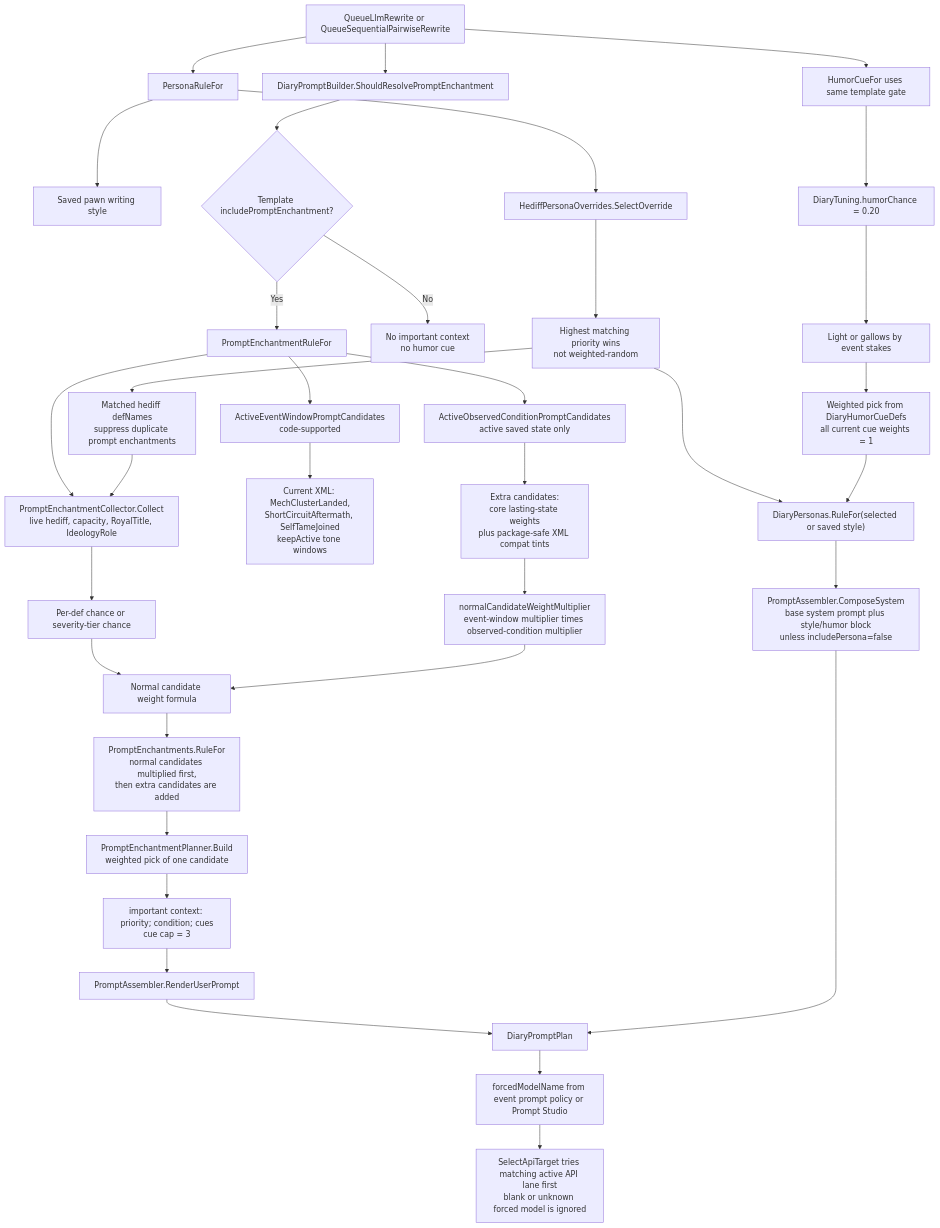
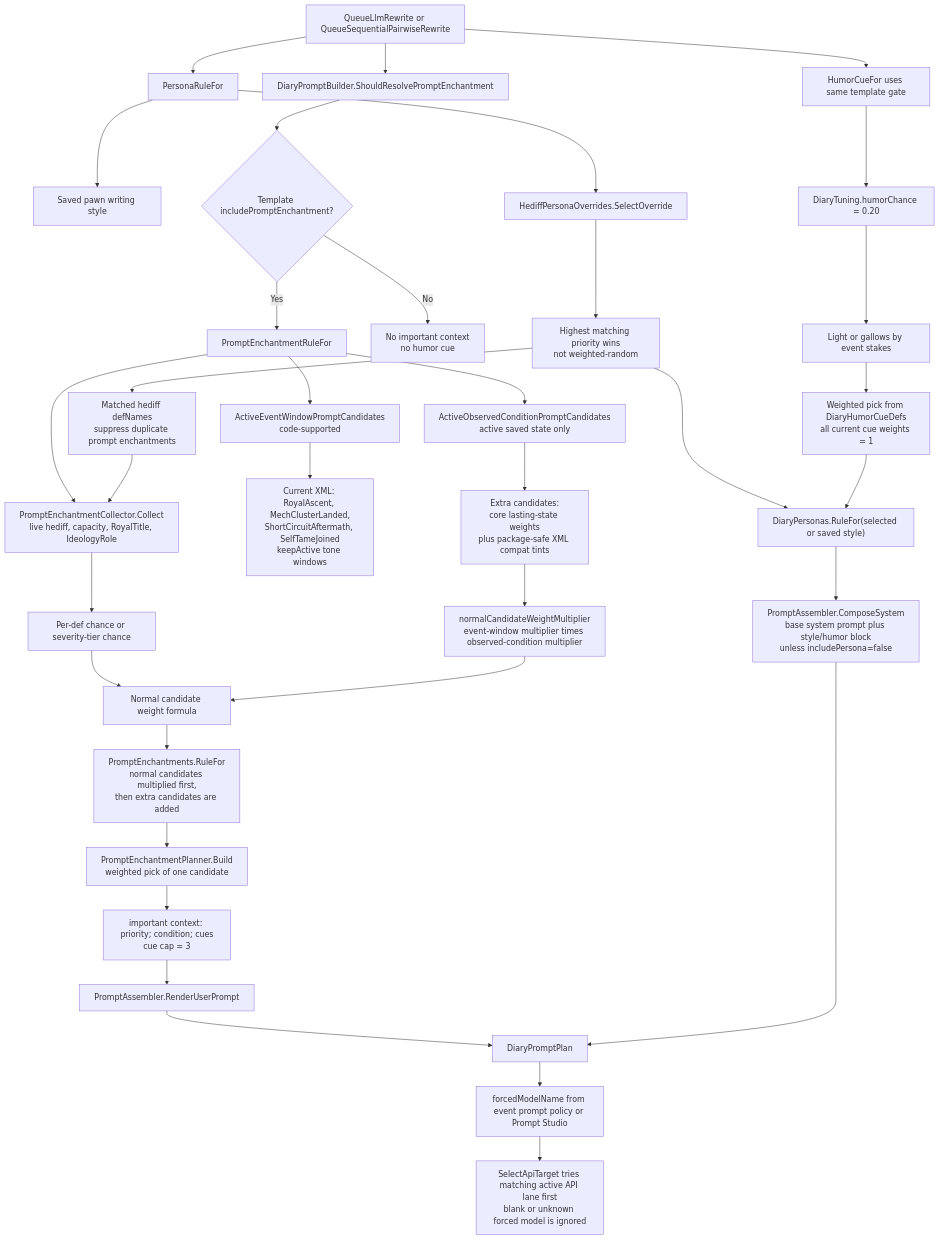
Before and after one commit to aimmlegate/PawnDiary: the third of 6 diagrams in EVENT_PROMPT_MAP.md, drawn with Mermaid. The commit also changed other lines of this file and 45 other files, not shown here.

Commit message:
Implement Royalty Phase 7 Royal Ascent

````diff
--- a/EVENT_PROMPT_MAP.md
+++ b/EVENT_PROMPT_MAP.md
@@ -290,41 +299,41 @@
 ```mermaid
 flowchart TD
     Queue["QueueLlmRewrite or QueueSequentialPairwiseRewrite"] --> Style["PersonaRuleFor"]
     Style --> SavedStyle["Saved pawn writing style"]
     Style --> HediffStyle["HediffPersonaOverrides.SelectOverride"]
     HediffStyle --> Priority["Highest matching priority wins<br/>not weighted-random"]
     Priority --> PersonaBlock["DiaryPersonas.RuleFor(selected or saved style)"]
     Priority --> Suppressed["Matched hediff defNames<br/>suppress duplicate prompt enchantments"]
 
     Queue --> Gate["DiaryPromptBuilder.ShouldResolvePromptEnchantment"]
     Gate --> TemplateFlag{"Template includePromptEnchantment?"}
     TemplateFlag -- No --> NoEnchant["No important context<br/>no humor cue"]
     TemplateFlag -- Yes --> Collect["PromptEnchantmentRuleFor"]
 
     Collect --> WindowCandidates["ActiveEventWindowPromptCandidates<br/>code-supported"]
-    WindowCandidates --> WindowCurrent["Current XML: MechClusterLanded,<br/>ShortCircuitAftermath, SelfTameJoined<br/>keepActive tone windows"]
+    WindowCandidates --> WindowCurrent["Current XML: RoyalAscent, MechClusterLanded,<br/>ShortCircuitAftermath, SelfTameJoined<br/>keepActive tone windows"]
     Collect --> ObservedCandidates["ActiveObservedConditionPromptCandidates<br/>active saved state only"]
     ObservedCandidates --> ObservedWeights["Extra candidates:<br/>core lasting-state weights<br/>plus package-safe XML compat tints"]
     Collect --> NormalCandidates["PromptEnchantmentCollector.Collect<br/>live hediff, capacity, RoyalTitle, IdeologyRole"]
     NormalCandidates --> ChanceGate["Per-def chance or severity-tier chance"]
     ChanceGate --> NormalWeight["Normal candidate weight formula"]
     Suppressed --> NormalCandidates
     ObservedWeights --> Multiplier["normalCandidateWeightMultiplier<br/>event-window multiplier times observed-condition multiplier"]
     Multiplier --> NormalWeight
     NormalWeight --> Pool["PromptEnchantments.RuleFor<br/>normal candidates multiplied first,<br/>then extra candidates are added"]
     Pool --> Pick["PromptEnchantmentPlanner.Build<br/>weighted pick of one candidate"]
     Pick --> ContextLine["important context: priority; condition; cues<br/>cue cap = 3"]
 
     Queue --> HumorGate["HumorCueFor uses same template gate"]
     HumorGate --> HumorChance["DiaryTuning.humorChance = 0.20"]
     HumorChance --> HumorTier["Light or gallows by event stakes"]
     HumorTier --> HumorPick["Weighted pick from DiaryHumorCueDefs<br/>all current cue weights = 1"]
     HumorPick --> PersonaBlock
 
     PersonaBlock --> System["PromptAssembler.ComposeSystem<br/>base system prompt plus style/humor block<br/>unless includePersona=false"]
     ContextLine --> User["PromptAssembler.RenderUserPrompt"]
     User --> Prompt["DiaryPromptPlan"]
     System --> Prompt
     Prompt --> Forced["forcedModelName from event prompt policy or Prompt Studio"]
     Forced --> Lane["SelectApiTarget tries matching active API lane first<br/>blank or unknown forced model is ignored"]
 ```
````
